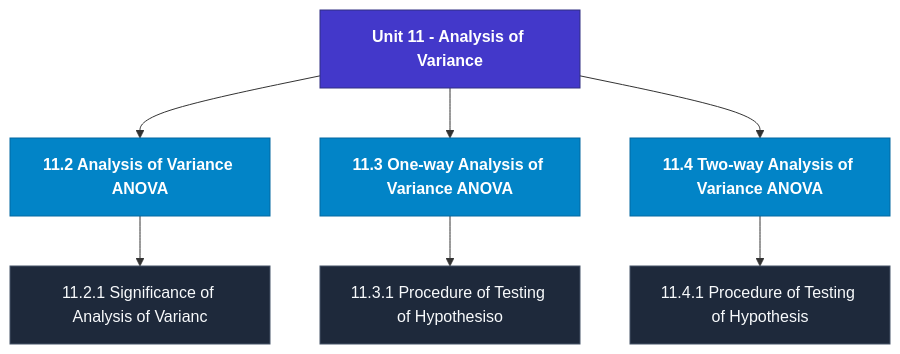
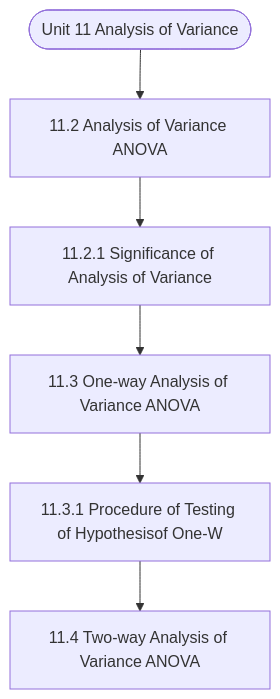
One commit to Asutosh-Coaching/mscdsa changed the diagram in notes/Semester_2/MCS-066_Mathematical_Foundations_-_II/unit_11_Analysis_of_Variance.md. Above: the diagram before and after it, drawn with Mermaid. The commit also changed other lines of this file and 115 other files, not shown here.

Commit message:
Fix Mermaid layout for mobile, isolate LaTeX delimiters, and add GitHub Pages reader

````diff
--- a/notes/Semester_2/MCS-066_Mathematical_Foundations_-_II/unit_11_Analysis_of_Variance.md
+++ b/notes/Semester_2/MCS-066_Mathematical_Foundations_-_II/unit_11_Analysis_of_Variance.md
@@ -19,21 +19,14 @@
 ```mermaid
 flowchart TD
-  %% Styling Definitions
-  classDef head fill:#4338ca,stroke:#312e81,color:#ffffff,font-weight:bold;
-  classDef topic fill:#0284c7,stroke:#0369a1,color:#ffffff,font-weight:600;
-  classDef sub fill:#1e293b,stroke:#475569,color:#f8fafc;
-
-  Root["Unit 11 - Analysis of Variance"]:::head
-  M1["11.2 Analysis of Variance ANOVA"]:::topic
-  Root --> M1
-  M1_1["11.2.1 Significance of Analysis of Varianc"]:::sub
-  M1 --> M1_1
-  M2["11.3 One-way Analysis of Variance ANOVA"]:::topic
-  Root --> M2
-  M2_1["11.3.1 Procedure of Testing of Hypothesiso"]:::sub
-  M2 --> M2_1
-  M3["11.4 Two-way Analysis of Variance ANOVA"]:::topic
-  Root --> M3
-  M3_1["11.4.1 Procedure of Testing of Hypothesis "]:::sub
-  M3 --> M3_1
+  Start(["Unit 11 Analysis of Variance"])
+  N1["11.2 Analysis of Variance ANOVA"]
+  N2["11.2.1 Significance of Analysis of Variance"]
+  N3["11.3 One-way Analysis of Variance ANOVA"]
+  N4["11.3.1 Procedure of Testing of Hypothesisof One-W"]
+  N5["11.4 Two-way Analysis of Variance ANOVA"]
+  Start --> N1
+  N1 --> N2
+  N2 --> N3
+  N3 --> N4
+  N4 --> N5
 ```
````
